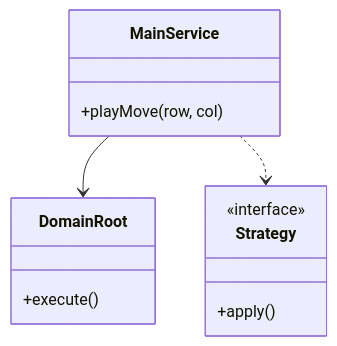
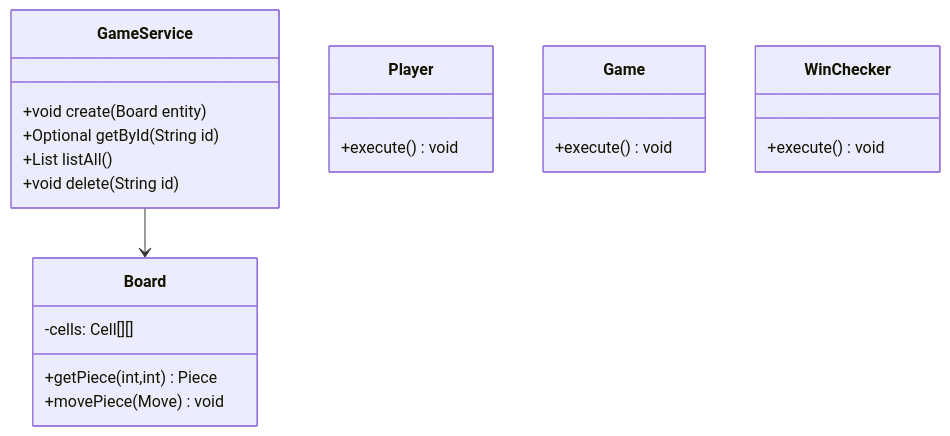
Before and after one commit to madhupaila/Interview-Prep-SSE: the first of 3 diagrams in Learn/System Design - Low Level Design/02-classic-ood/questions/Q07-tic-tac-toe.md, drawn with Mermaid. The commit also changed other lines of this file and 491 other files, not shown here.

````diff
--- a/Learn/System Design - Low Level Design/02-classic-ood/questions/Q07-tic-tac-toe.md
+++ b/Learn/System Design - Low Level Design/02-classic-ood/questions/Q07-tic-tac-toe.md
@@ -74,15 +88,24 @@
 ```mermaid
 classDiagram
-    class MainService {
-        +playMove(row, col)
+    class GameService {
+        +void create(Board entity)
+        +Optional<Board> getById(String id)
+        +List<Board> listAll()
+        +void delete(String id)
     }
-    class DomainRoot {
-        +execute()
+    class Board {
+        -cells: Cell[][]
+        +getPiece(int,int) Piece
+        +movePiece(Move) void
     }
-    class Strategy {
-        <<interface>>
-        +apply()
+    class Player {
+        +execute() void
     }
-    MainService --> DomainRoot
-    MainService ..> Strategy
+    class Game {
+        +execute() void
+    }
+    class WinChecker {
+        +execute() void
+    }
+    GameService --> Board
 ```
````
